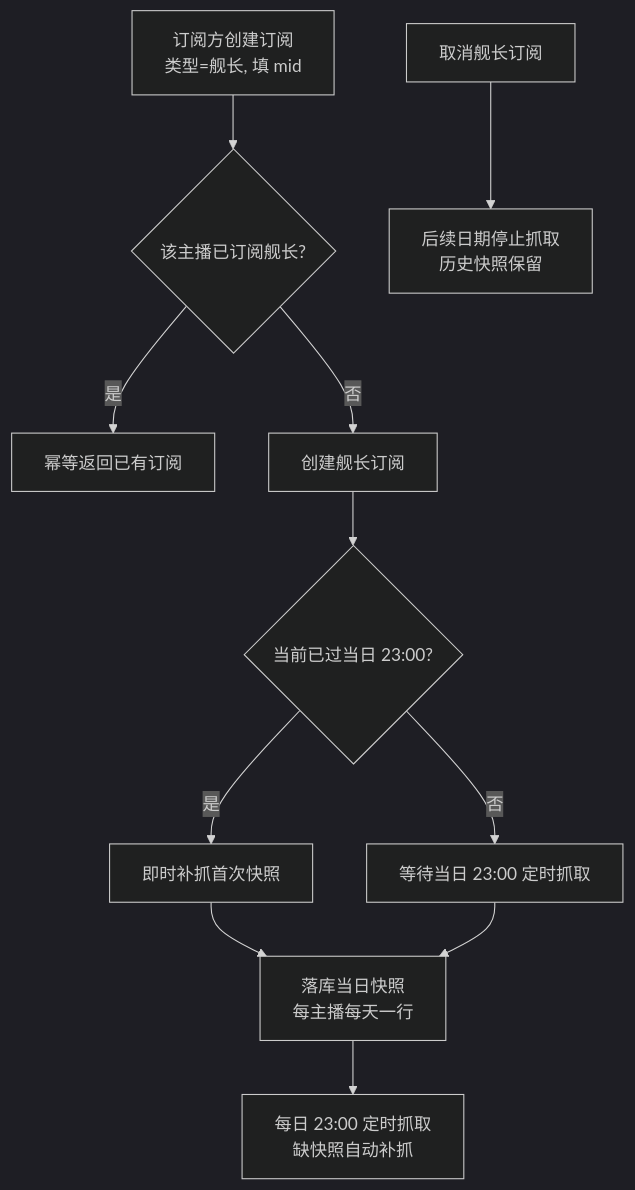
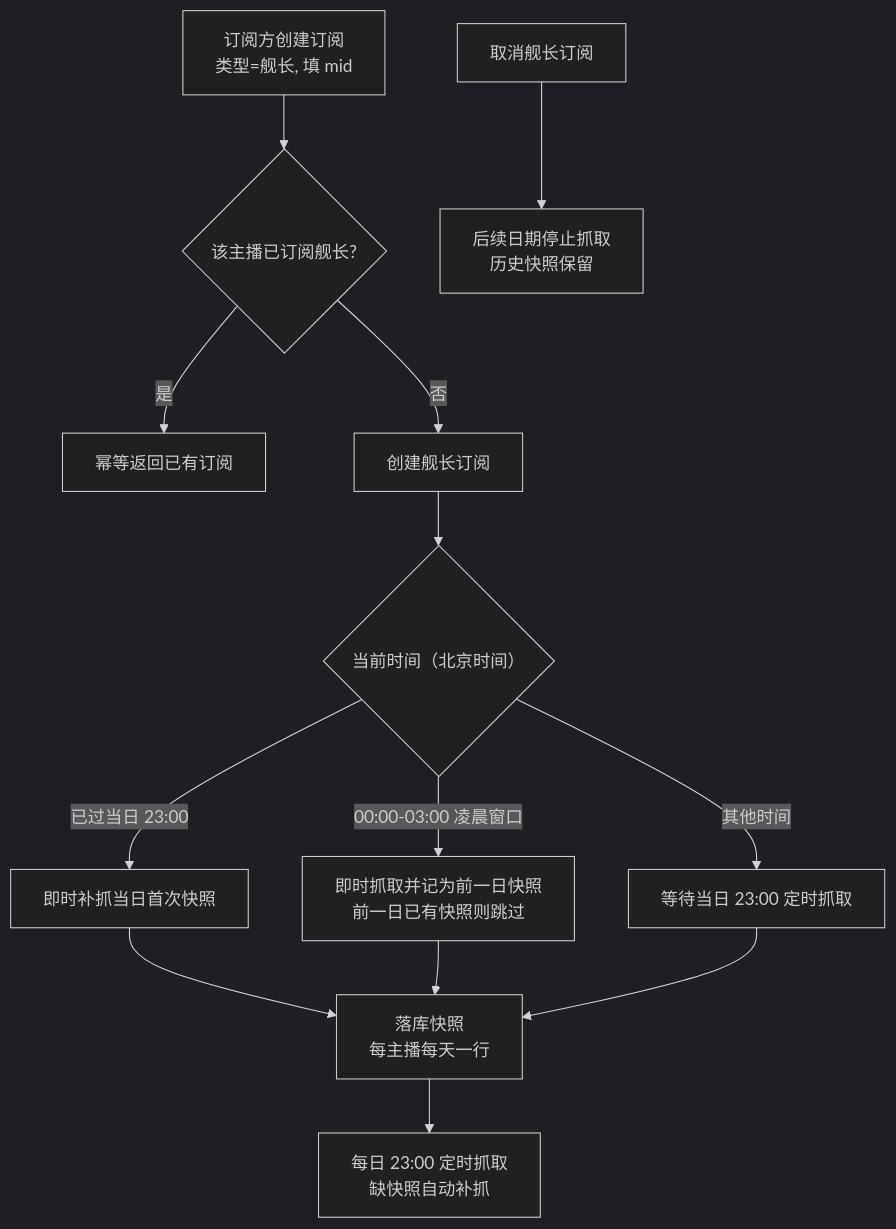
One commit to Deliay/z-vtuber changed the first of 2 diagrams in docs/product/draft/20260831-live-guard-crawl-prd.md. Above: the diagram before and after it, drawn with Mermaid (dark theme). The commit also changed other lines of this file and 3 other files, not shown here.

````diff
--- a/docs/product/draft/20260831-live-guard-crawl-prd.md
+++ b/docs/product/draft/20260831-live-guard-crawl-prd.md
@@ -100,13 +105,15 @@
 ```mermaid
 flowchart TD
     A[订阅方创建订阅<br/>类型=舰长, 填 mid] --> B{该主播已订阅舰长?}
     B -- 是 --> C[幂等返回已有订阅]
     B -- 否 --> D[创建舰长订阅]
-    D --> E{当前已过当日 23:00?}
-    E -- 是 --> F[即时补抓首次快照]
-    E -- 否 --> G[等待当日 23:00 定时抓取]
-    F --> H[落库当日快照<br/>每主播每天一行]
+    D --> E{当前时间（北京时间）}
+    E -- 已过当日 23:00 --> F[即时补抓当日首次快照]
+    E -- 00:00-03:00 凌晨窗口 --> F2[即时抓取并记为前一日快照<br/>前一日已有快照则跳过]
+    E -- 其他时间 --> G[等待当日 23:00 定时抓取]
+    F --> H[落库快照<br/>每主播每天一行]
+    F2 --> H
     G --> H
     H --> I[每日 23:00 定时抓取<br/>缺快照自动补抓]
     J[取消舰长订阅] --> K[后续日期停止抓取<br/>历史快照保留]
 ```
````
